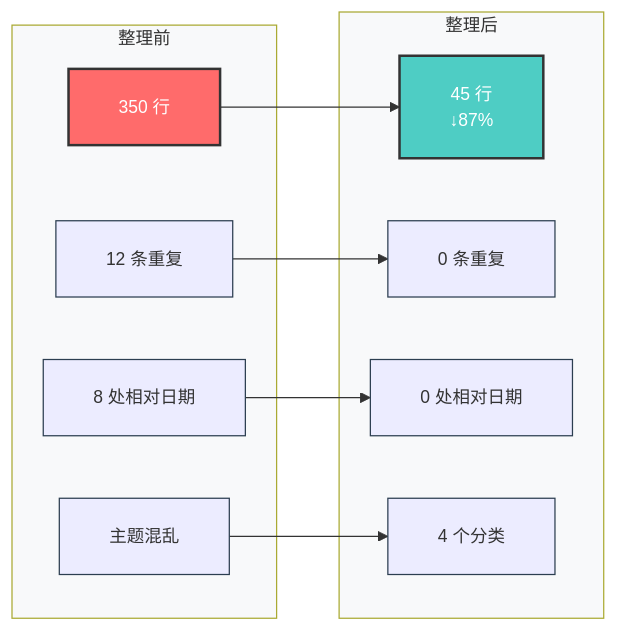
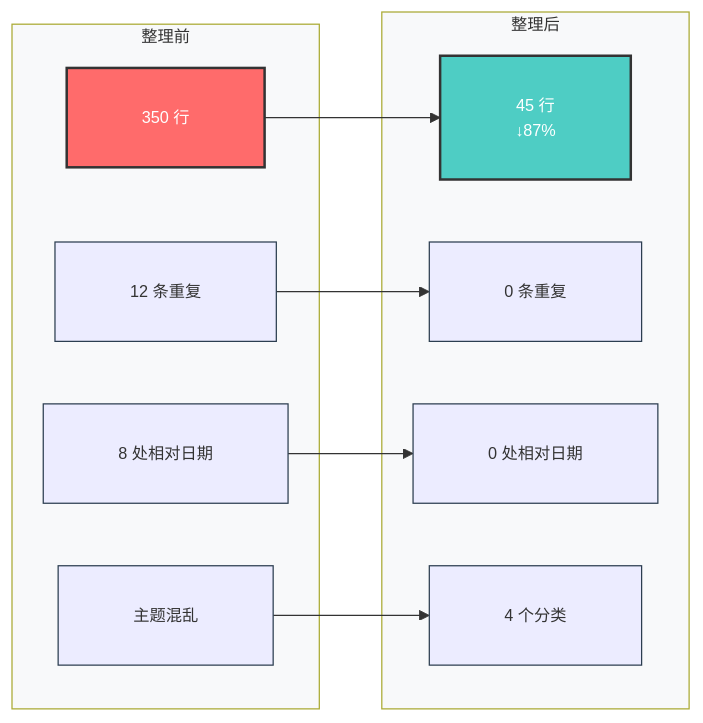
One commit to yufengyuanx/blog changed the fifth of 11 diagrams in docs/research/claude-code-auto-dream.md. Above: the diagram before and after it, drawn with Mermaid. The commit also changed other lines of this file, not shown here.

Commit message:
fix: 最终优化 Mermaid 图表（13px 字体 + 10px 边距 + 30px padding + 精简文字）

````diff
--- a/docs/research/claude-code-auto-dream.md
+++ b/docs/research/claude-code-auto-dream.md
@@ -226,25 +219,25 @@
 ```mermaid
-%%{init: {'theme': 'default', 'themeVariables': { 'fontSize': '14px', 'nodeBorder': '#2c3e50', 'clusterBkg': '#f8f9fa', 'nodeTextMargin': 4 }, 'flowchart': { 'curve': 'basis', 'padding': 20 }}}%%
+%%{init: {'theme': 'default', 'themeVariables': { 'fontSize': '13px', 'nodeBorder': '#2c3e50', 'clusterBkg': '#f8f9fa', 'nodeTextMargin': 10 }, 'flowchart': { 'curve': 'basis', 'padding': 30 }}}%%
 graph LR
     subgraph 整理前
         A1[350 行]
         A2[12 条重复]
         A3[8 处相对日期]
         A4[主题混乱]
     end
     
     subgraph 整理后
         B1[45 行\n↓87%]
         B2[0 条重复]
         B3[0 处相对日期]
         B4[4 个分类]
     end
     
     A1 --> B1
     A2 --> B2
     A3 --> B3
     A4 --> B4
     
     style A1 fill:#ff6b6b,color:#fff,stroke:#333,stroke-width:2px
     style B1 fill:#4ecdc4,color:#fff,stroke:#333,stroke-width:2px
 ```
````
